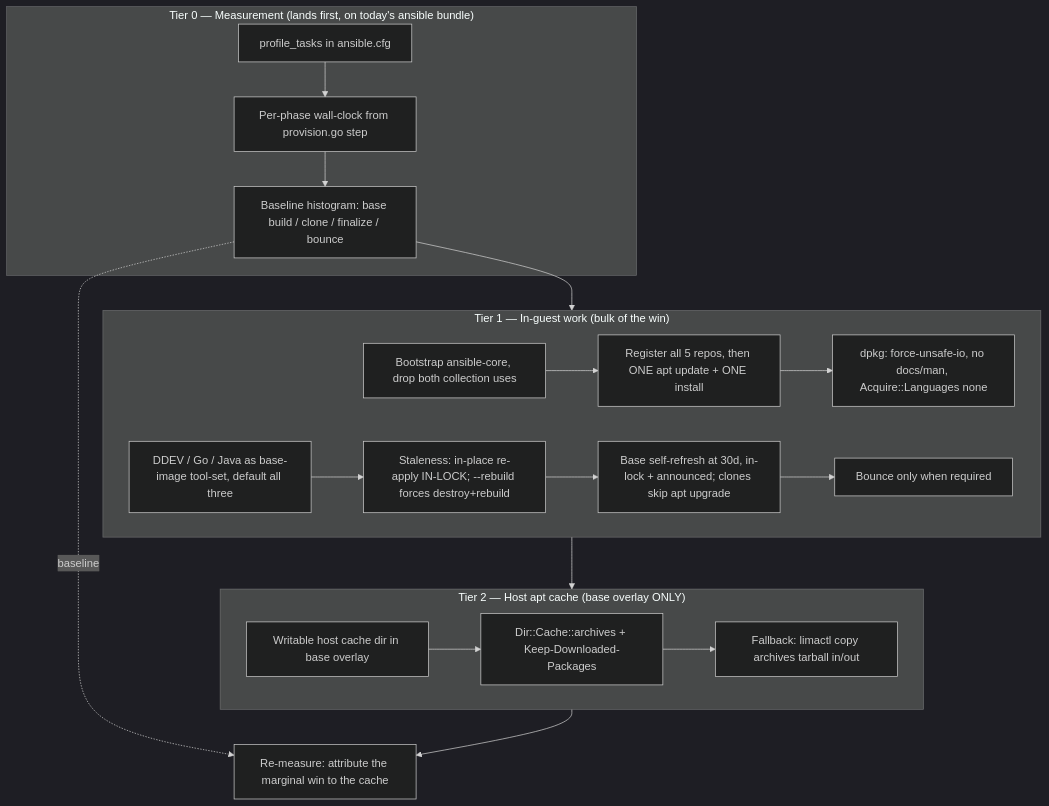
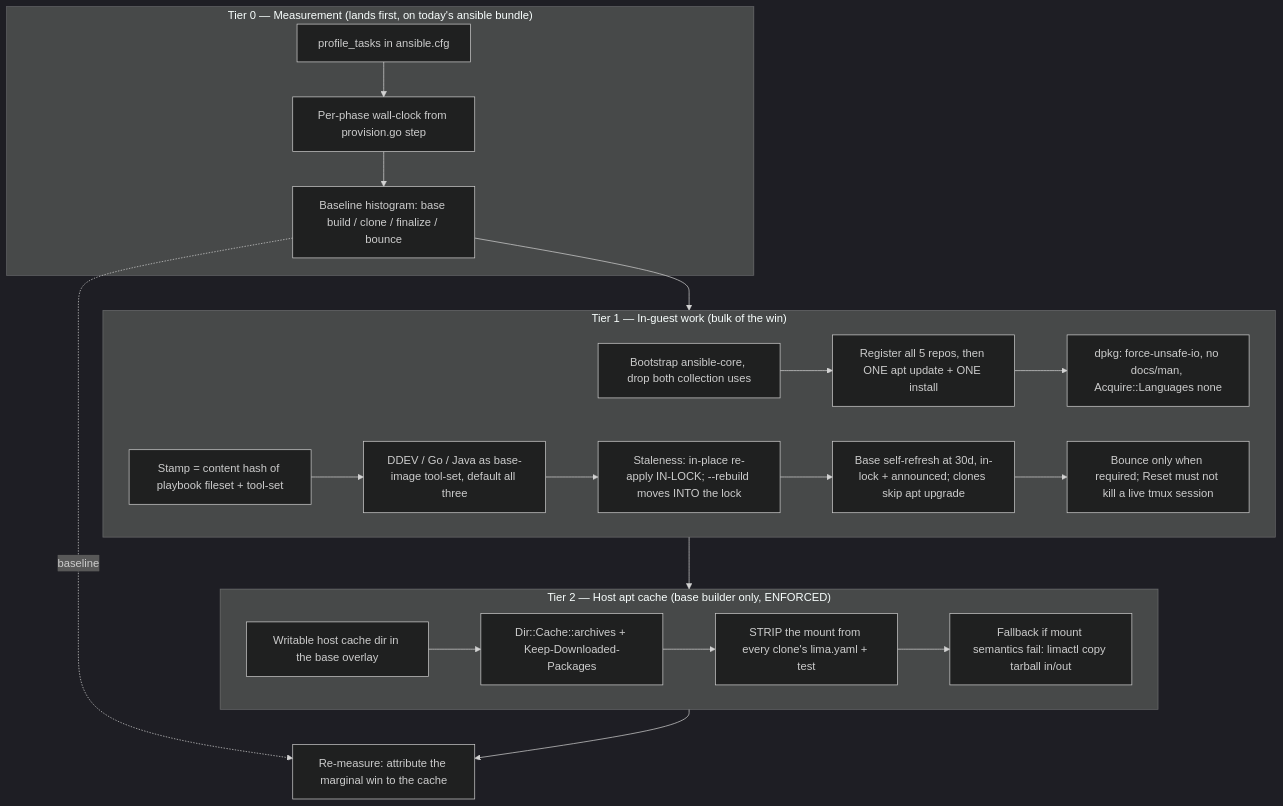
One commit to Lullabot/sandbar changed the diagram in .ai/strikethroo/plans/13--faster-base-vm-provisioning/plan-13--faster-base-vm-provisioning.md. Above: the diagram before and after it, drawn with Mermaid (dark theme). The commit also changed other lines of this file, not shown here.

````diff
--- a/.ai/strikethroo/plans/13--faster-base-vm-provisioning/plan-13--faster-base-vm-provisioning.md
+++ b/.ai/strikethroo/plans/13--faster-base-vm-provisioning/plan-13--faster-base-vm-provisioning.md
@@ -111,31 +140,33 @@
 ```mermaid
 flowchart TD
     subgraph T0["Tier 0 — Measurement (lands first, on today's ansible bundle)"]
         A1[profile_tasks in ansible.cfg] --> A2[Per-phase wall-clock from provision.go step]
         A2 --> A3[Baseline histogram: base build / clone / finalize / bounce]
     end
 
     subgraph T1["Tier 1 — In-guest work (bulk of the win)"]
         B1[Bootstrap ansible-core, drop both collection uses]
         B2[Register all 5 repos, then ONE apt update + ONE install]
         B3[dpkg: force-unsafe-io, no docs/man, Acquire::Languages none]
-        B4[DDEV / Go / Java as base-image tool-set, default all three]
-        B5[Staleness: in-place re-apply IN-LOCK; --rebuild forces destroy+rebuild]
-        B6[Base self-refresh at 30d, in-lock + announced; clones skip apt upgrade]
-        B7[Bounce only when required]
+        B4[Stamp = content hash of playbook fileset + tool-set]
+        B5[DDEV / Go / Java as base-image tool-set, default all three]
+        B6[Staleness: in-place re-apply IN-LOCK; --rebuild moves INTO the lock]
+        B7[Base self-refresh at 30d, in-lock + announced; clones skip apt upgrade]
+        B8[Bounce only when required; Reset must not kill a live tmux session]
         B1 --> B2 --> B3
-        B4 --> B5 --> B6 --> B7
+        B4 --> B5 --> B6 --> B7 --> B8
     end
 
-    subgraph T2["Tier 2 — Host apt cache (base overlay ONLY)"]
-        C1[Writable host cache dir in base overlay]
+    subgraph T2["Tier 2 — Host apt cache (base builder only, ENFORCED)"]
+        C1[Writable host cache dir in the base overlay]
         C2[Dir::Cache::archives + Keep-Downloaded-Packages]
-        C3[Fallback: limactl copy archives tarball in/out]
-        C1 --> C2 --> C3
+        C3[STRIP the mount from every clone's lima.yaml + test]
+        C4[Fallback if mount semantics fail: limactl copy tarball in/out]
+        C1 --> C2 --> C3 --> C4
     end
 
     A3 --> T1
     T1 --> T2
     T2 --> D[Re-measure: attribute the marginal win to the cache]
     A3 -.baseline.-> D
 ```
````
